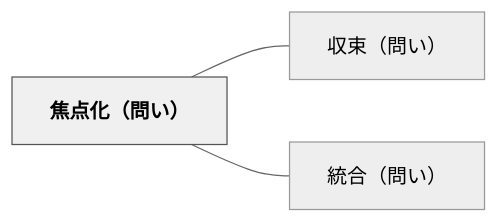
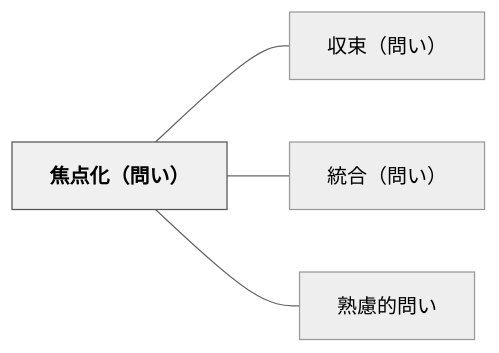
One commit to unknownthings-ed-patterns/unknownthings-ed-patterns changed the diagram in content/パタン/焦点化（問い）.md. Above: the diagram before and after it, drawn with Mermaid (neutral theme). The commit also changed other lines of this file and 100 other files, not shown here.

````diff
--- a/content/パタン/焦点化（問い）.md
+++ b/content/パタン/焦点化（問い）.md
@@ -58,12 +57,14 @@
 ```mermaid
 flowchart LR
     ne784a6e782b9e58c96efbc88e5958fe38184efbc89["焦点化（問い）"]
     ne58f8ee69d9fefbc88e5958fe38184efbc89["収束（問い）"]
     ne7b5b1e59088efbc88e5958fe38184efbc89["統合（問い）"]
+    ne7869fe685aee79a84e5958fe38184["熟慮的問い"]
 
     ne784a6e782b9e58c96efbc88e5958fe38184efbc89 --- ne58f8ee69d9fefbc88e5958fe38184efbc89
     ne784a6e782b9e58c96efbc88e5958fe38184efbc89 --- ne7b5b1e59088efbc88e5958fe38184efbc89
+    ne784a6e782b9e58c96efbc88e5958fe38184efbc89 --- ne7869fe685aee79a84e5958fe38184
 
     classDef hub fill:#f0f0f0,stroke:#555,color:#000,font-weight:bold
     class ne784a6e782b9e58c96efbc88e5958fe38184efbc89 hub
 ```
````
